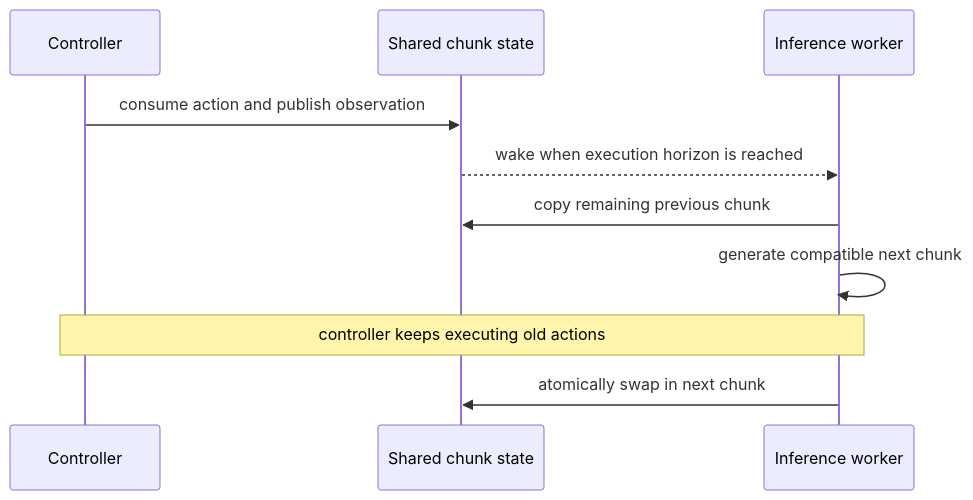
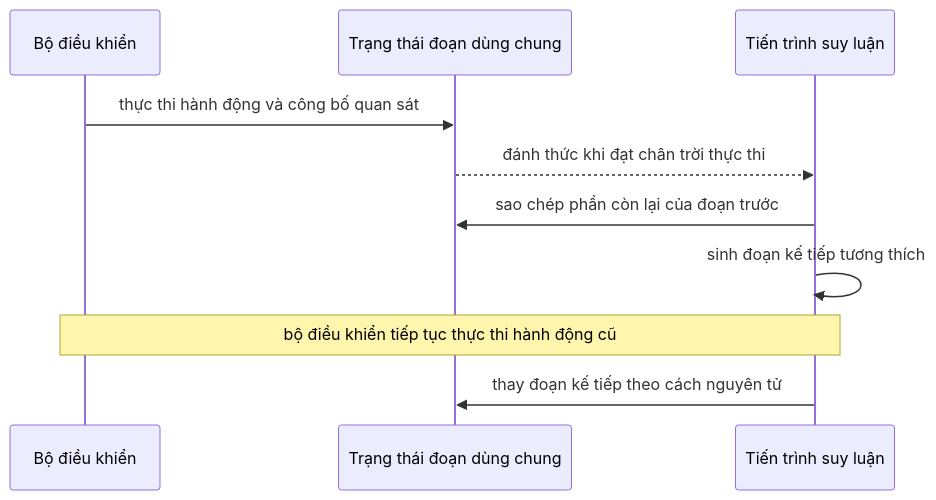
The diagram in docs/research_finding/02-realtime-chunking/module_details/inference/asynchronous_runtime.md (cycler04/VinRobotics-VLA), drawn with Mermaid before and after one commit. The commit also changed other lines of this file and 79 other files, not shown here.

````diff
--- a/docs/research_finding/02-realtime-chunking/module_details/inference/asynchronous_runtime.md
+++ b/docs/research_finding/02-realtime-chunking/module_details/inference/asynchronous_runtime.md
@@ -37,12 +37,12 @@
 ```mermaid
 sequenceDiagram
-    participant C as Controller
-    participant R as Shared chunk state
-    participant I as Inference worker
-    C->>R: consume action and publish observation
-    R-->>I: wake when execution horizon is reached
-    I->>R: copy remaining previous chunk
-    I->>I: generate compatible next chunk
-    Note over C,I: controller keeps executing old actions
-    I->>R: atomically swap in next chunk
+    participant C as Bộ điều khiển
+    participant R as Trạng thái đoạn dùng chung
+    participant I as Tiến trình suy luận
+    C->>R: thực thi hành động và công bố quan sát
+    R-->>I: đánh thức khi đạt chân trời thực thi
+    I->>R: sao chép phần còn lại của đoạn trước
+    I->>I: sinh đoạn kế tiếp tương thích
+    Note over C,I: bộ điều khiển tiếp tục thực thi hành động cũ
+    I->>R: thay đoạn kế tiếp theo cách nguyên tử
 ```
````
